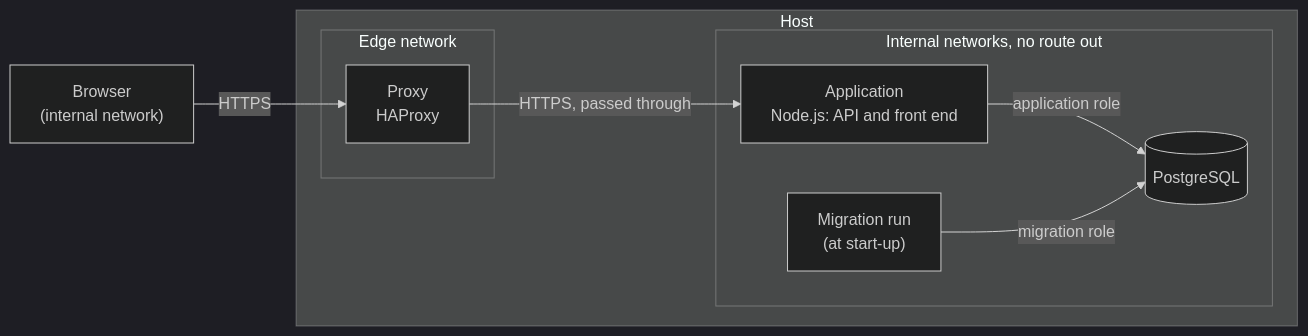
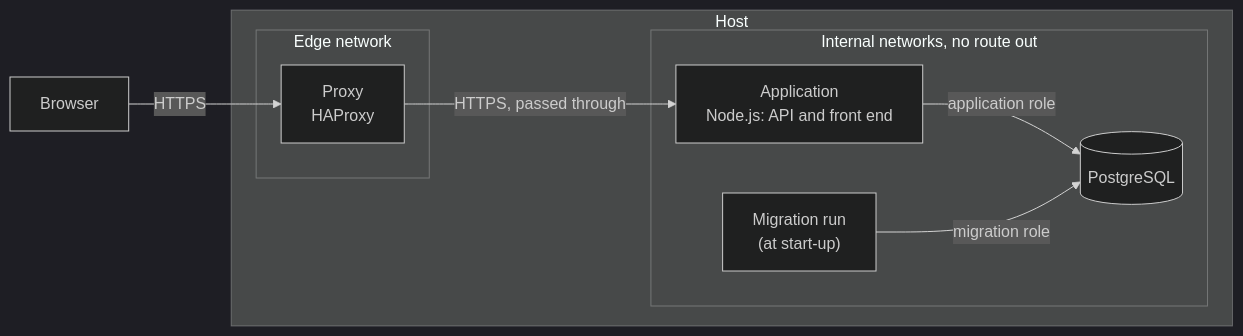
The diagram in docs/design/architecture.md (ribbitworks/fathom), drawn with Mermaid (dark theme) before and after one commit. The commit also changed other lines of this file, not shown here.

First line of the commit message:
docs: drop the proposal status and network assumption from Architecture

````diff
--- a/docs/design/architecture.md
+++ b/docs/design/architecture.md
@@ -10,20 +9,20 @@
 ```mermaid
 flowchart LR
-  browser["Browser<br/>(internal network)"]
+  browser["Browser"]
 
   subgraph host["Host"]
     subgraph edge["Edge network"]
       proxy["Proxy<br/>HAProxy"]
     end
     subgraph internal["Internal networks, no route out"]
       app["Application<br/>Node.js: API and front end"]
       db[("PostgreSQL")]
       migrate["Migration run<br/>(at start-up)"]
     end
   end
 
   browser -- "HTTPS" --> proxy
   proxy -- "HTTPS, passed through" --> app
   app -- "application role" --> db
   migrate -- "migration role" --> db
 ```
````
